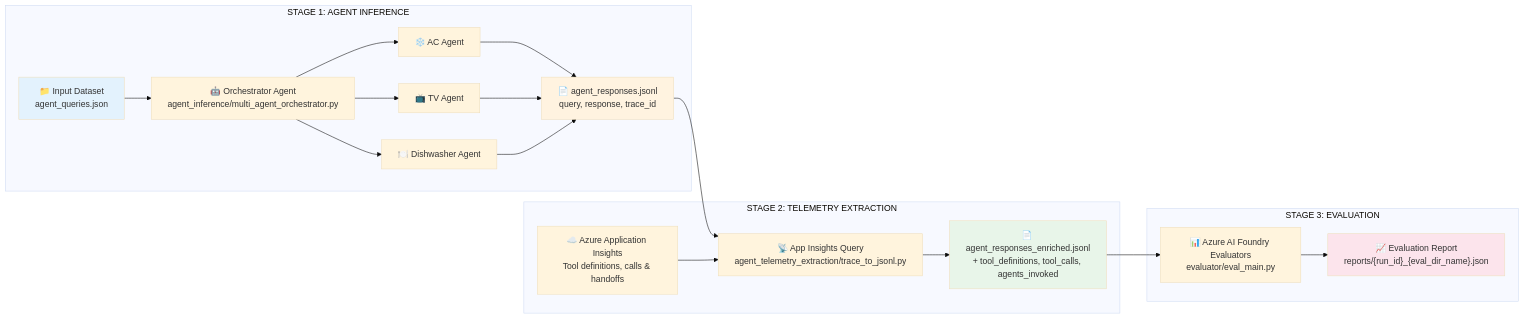
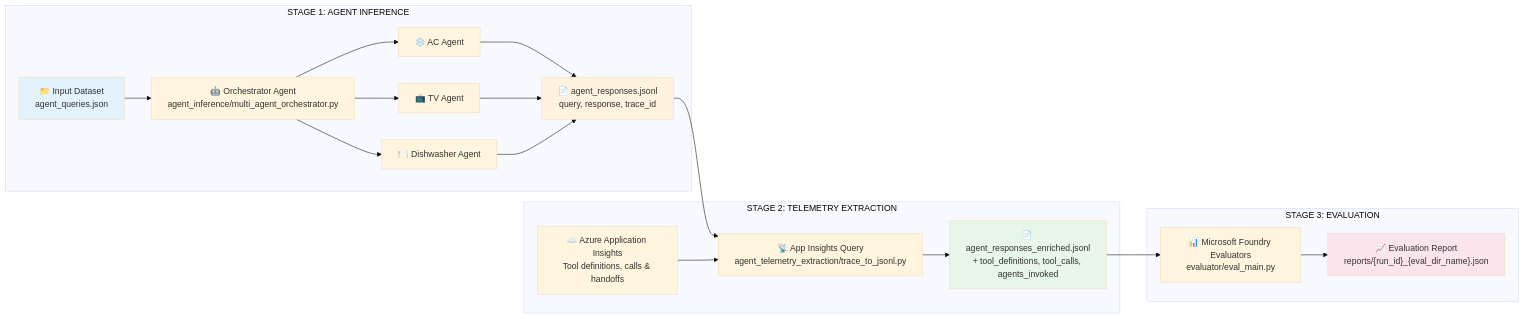
The diagram in src/evaluations/offline/pipeline_multi_agent_evaluation/README.md (Azure-Samples/Agentic-Evaluations), drawn with Mermaid (base theme) before and after one commit. The commit also changed other lines of this file and 7 other files, not shown here.

First line of the commit message:
Updated Azure AI Foundry with Microsoft Foundry (#75)

````diff
--- a/src/evaluations/offline/pipeline_multi_agent_evaluation/README.md
+++ b/src/evaluations/offline/pipeline_multi_agent_evaluation/README.md
@@ -18,28 +18,28 @@
 ```mermaid
 flowchart LR
     subgraph stage1["STAGE 1: AGENT INFERENCE"]
         A["📁 Input Dataset<br/>agent_queries.json"] --> B["🤖 Orchestrator Agent<br/>agent_inference/multi_agent_orchestrator.py"]
         B --> B1["❄️ AC Agent"]
         B --> B2["📺 TV Agent"]
         B --> B3["🍽️ Dishwasher Agent"]
         B1 --> C["📄 agent_responses.jsonl<br/>query, response, trace_id"]
         B2 --> C
         B3 --> C
     end
 
     subgraph stage2["STAGE 2: TELEMETRY EXTRACTION"]
         C --> D["📡 App Insights Query<br/>agent_telemetry_extraction/trace_to_jsonl.py"]
         E["☁️ Azure Application Insights<br/>Tool definitions, calls & handoffs"] --> D
         D --> F["📄 agent_responses_enriched.jsonl<br/>+ tool_definitions, tool_calls, agents_invoked"]
     end
 
     subgraph stage3["STAGE 3: EVALUATION"]
-        F --> G["📊 Azure AI Foundry Evaluators<br/>evaluator/eval_main.py"]
+        F --> G["📊 Microsoft Foundry Evaluators<br/>evaluator/eval_main.py"]
       G --> H["📈 Evaluation Report<br/>reports/{run_id}_{eval_dir_name}.json"]
     end
 
     style A fill:#e3f2fd
     style C fill:#fff3e0
     style F fill:#e8f5e9
     style H fill:#fce4ec
 ```
````
